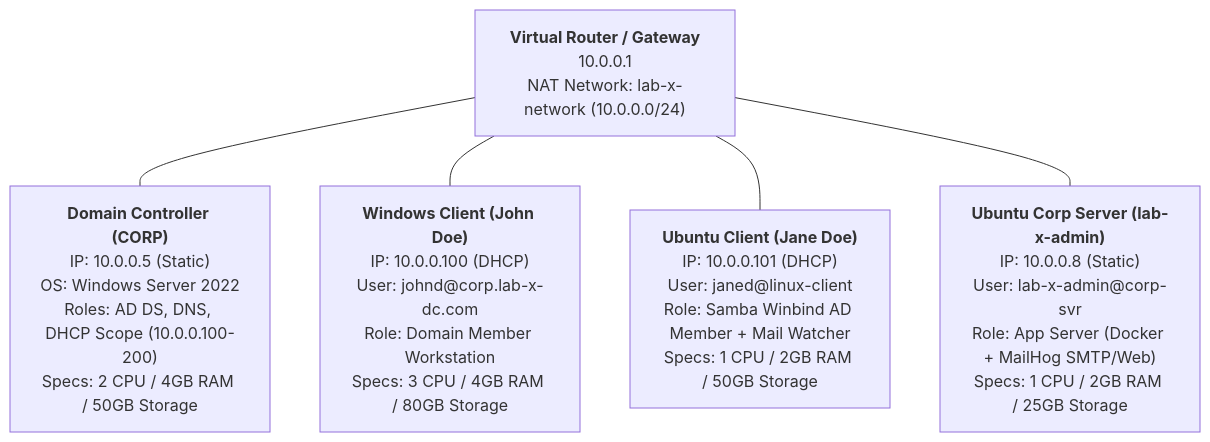
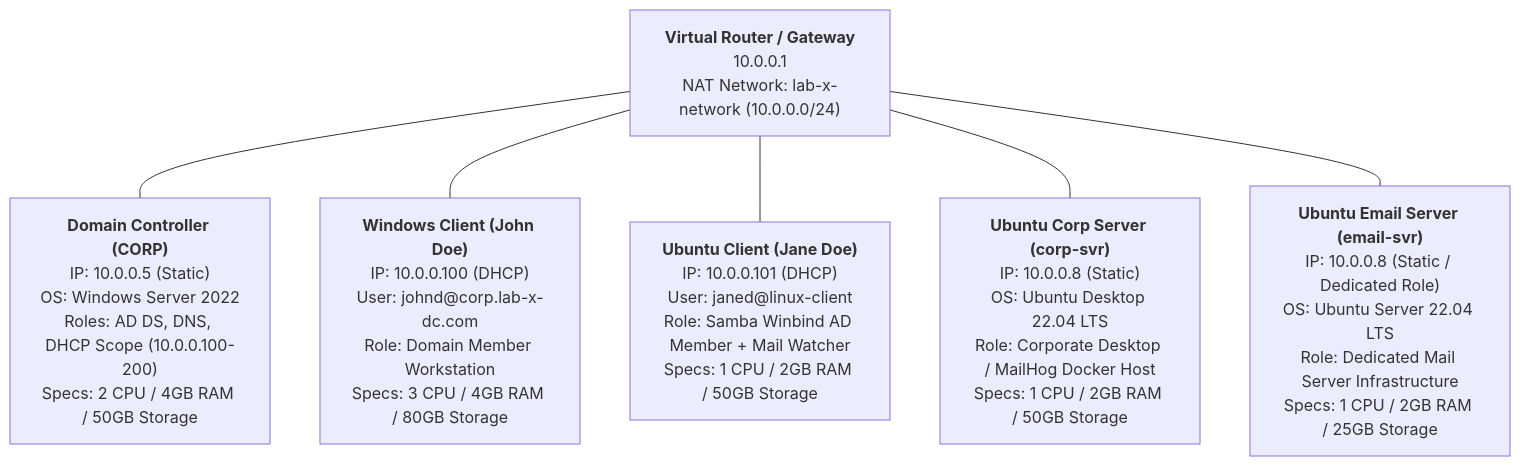
One commit to 21bitt/SOC-Lab changed the diagram in README.md. Above: the diagram before and after it, drawn with Mermaid. The commit also changed other lines of this file, not shown here.

First line of the commit message:
Revise server details and network configuration in README

````diff
--- a/README.md
+++ b/README.md
@@ -9,12 +9,14 @@
 ```mermaid
 graph TD
     GW["<b>Virtual Router / Gateway</b><br/>10.0.0.1<br/>NAT Network: lab-x-network (10.0.0.0/24)"]
 
     GW --- DC["<b>Domain Controller (CORP)</b><br/>IP: 10.0.0.5 (Static)<br/>OS: Windows Server 2022<br/>Roles: AD DS, DNS, DHCP Scope (10.0.0.100-200)<br/>Specs: 2 CPU / 4GB RAM / 50GB Storage"]
 
     GW --- WIN["<b>Windows Client (John Doe)</b><br/>IP: 10.0.0.100 (DHCP)<br/>User: johnd@corp.lab-x-dc.com<br/>Role: Domain Member Workstation<br/>Specs: 3 CPU / 4GB RAM / 80GB Storage"]
 
     GW --- LINUX["<b>Ubuntu Client (Jane Doe)</b><br/>IP: 10.0.0.101 (DHCP)<br/>User: janed@linux-client<br/>Role: Samba Winbind AD Member + Mail Watcher<br/>Specs: 1 CPU / 2GB RAM / 50GB Storage"]
 
-    GW --- CORP["<b>Ubuntu Corp Server (lab-x-admin)</b><br/>IP: 10.0.0.8 (Static)<br/>User: lab-x-admin@corp-svr<br/>Role: App Server (Docker + MailHog SMTP/Web)<br/>Specs: 1 CPU / 2GB RAM / 25GB Storage"]
+    GW --- CORP["<b>Ubuntu Corp Server (corp-svr)</b><br/>IP: 10.0.0.8 (Static)<br/>OS: Ubuntu Desktop 22.04 LTS<br/>Role: Corporate Desktop / MailHog Docker Host<br/>Specs: 1 CPU / 2GB RAM / 50GB Storage"]
+
+    GW --- EMAIL["<b>Ubuntu Email Server (email-svr)</b><br/>IP: 10.0.0.8 (Static / Dedicated Role)<br/>OS: Ubuntu Server 22.04 LTS<br/>Role: Dedicated Mail Server Infrastructure<br/>Specs: 1 CPU / 2GB RAM / 25GB Storage"]
 ```
````
